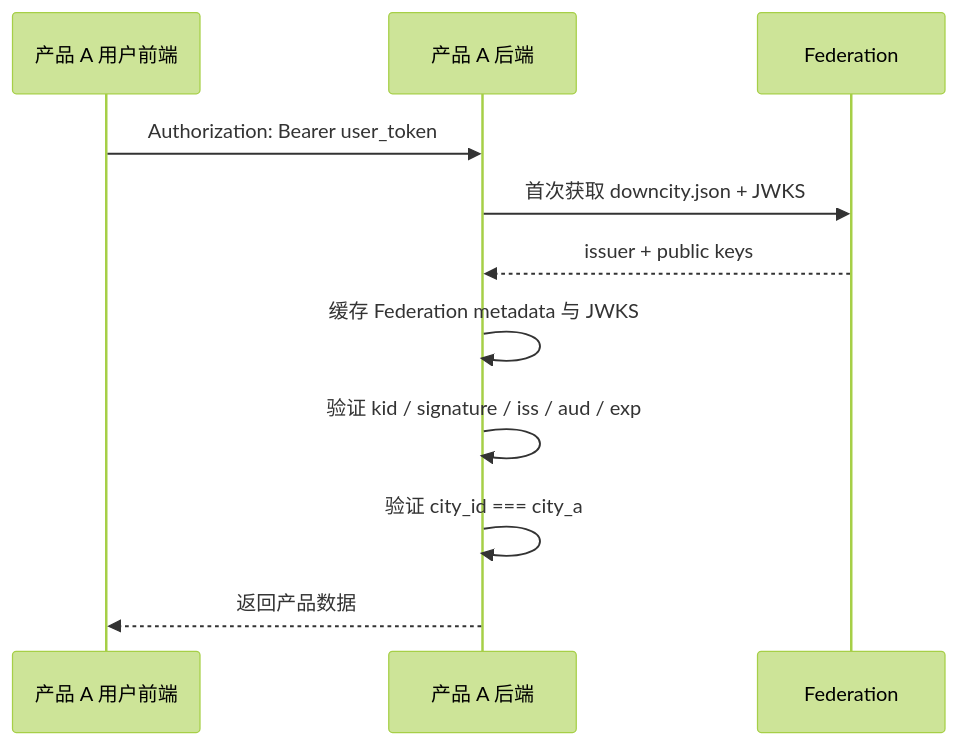
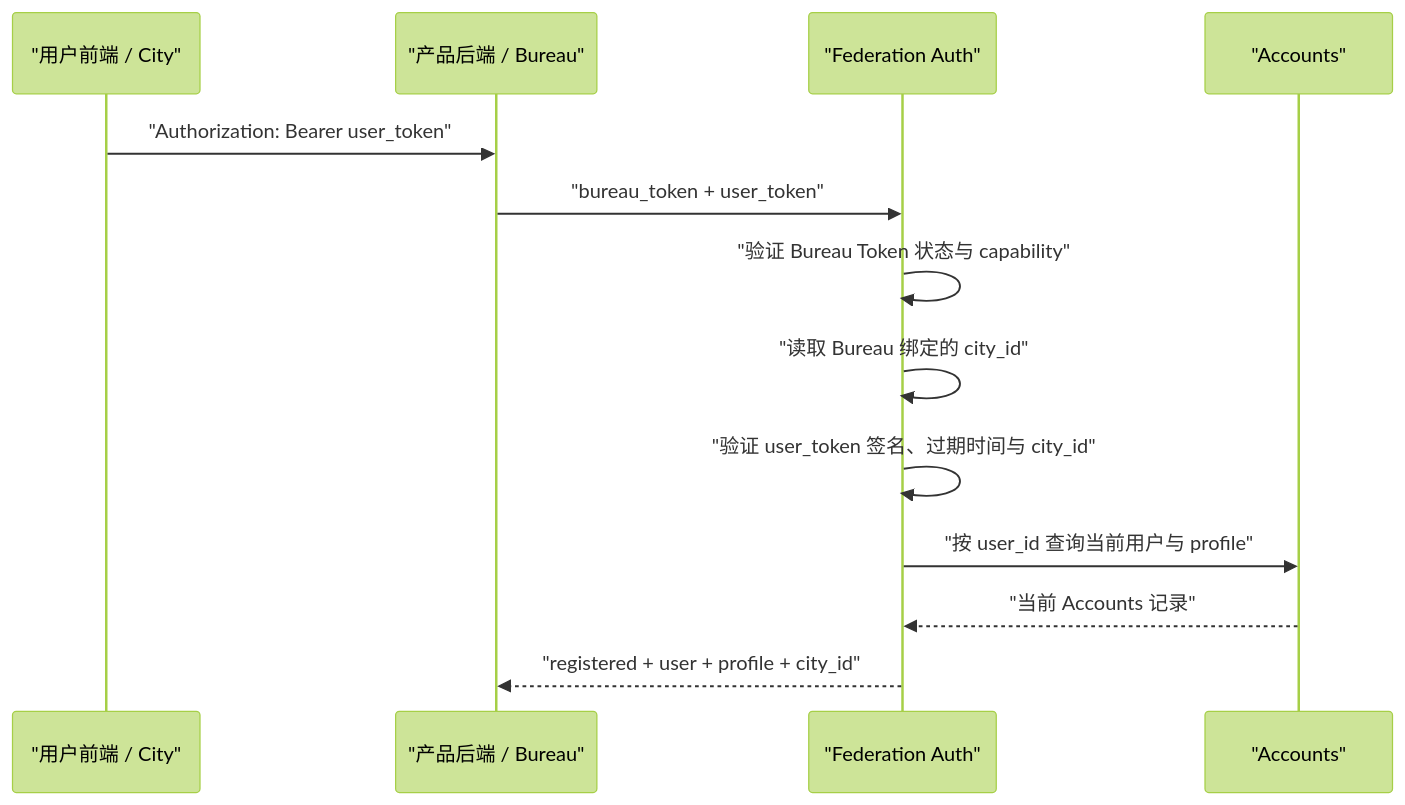
The diagram in docs/federation-city-user-token-auth-prd.md (wangenius/downcity), drawn with Mermaid (forest theme) before and after one commit. The commit also changed other lines of this file and 53 other files, not shown here.

Commit message:
feat(city): unify federation bureau authentication

````diff
--- a/docs/federation-city-user-token-auth-prd.md
+++ b/docs/federation-city-user-token-auth-prd.md
@@ -596,14 +167,16 @@
 ```mermaid
 sequenceDiagram
-  participant U as 产品 A 用户前端
-  participant B as 产品 A 后端
-  participant F as Federation
+    participant U as "用户前端 / City"
+    participant B as "产品后端 / Bureau"
+    participant F as "Federation Auth"
+    participant A as "Accounts"
 
-  U->>B: Authorization: Bearer user_token
-  B->>F: 首次获取 downcity.json + JWKS
-  F-->>B: issuer + public keys
-  B->>B: 缓存 Federation metadata 与 JWKS
-  B->>B: 验证 kid / signature / iss / aud / exp
-  B->>B: 验证 city_id === city_a
-  B-->>U: 返回产品数据
+    U->>B: "Authorization: Bearer user_token"
+    B->>F: "bureau_token + user_token"
+    F->>F: "验证 Bureau Token 状态与 capability"
+    F->>F: "读取 Bureau 绑定的 city_id"
+    F->>F: "验证 user_token 签名、过期时间与 city_id"
+    F->>A: "按 user_id 查询当前用户与 profile"
+    A-->>F: "当前 Accounts 记录"
+    F-->>B: "registered + user + profile + city_id"
 ```
````
